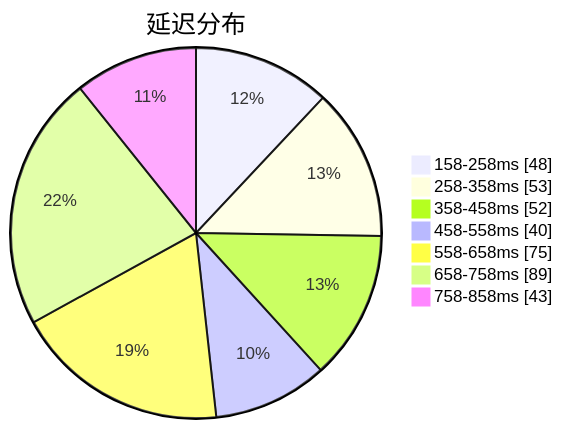
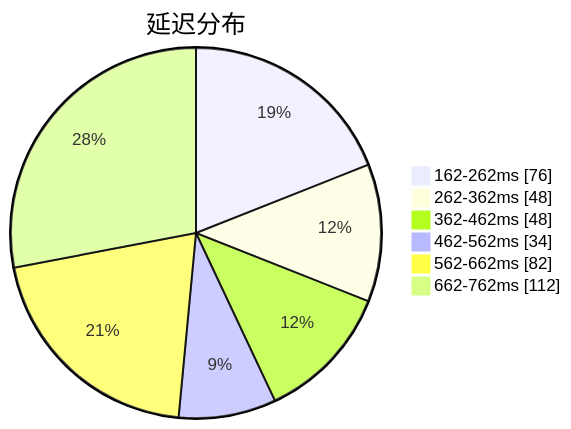
Before and after one commit to qjlxg/airport: the first of 3 diagrams in subs/statistics/tested_within.md, drawn with Mermaid. The commit also changed other lines of this file and 2 other files, not shown here.

````diff
--- a/subs/statistics/tested_within.md
+++ b/subs/statistics/tested_within.md
@@ -2,11 +2,10 @@
 ```mermaid
 pie showData
 title 延迟分布
-"158-258ms" : 48
-"258-358ms" : 53
-"358-458ms" : 52
-"458-558ms" : 40
-"558-658ms" : 75
-"658-758ms" : 89
-"758-858ms" : 43
+"162-262ms" : 76
+"262-362ms" : 48
+"362-462ms" : 48
+"462-562ms" : 34
+"562-662ms" : 82
+"662-762ms" : 112
 ```
````
